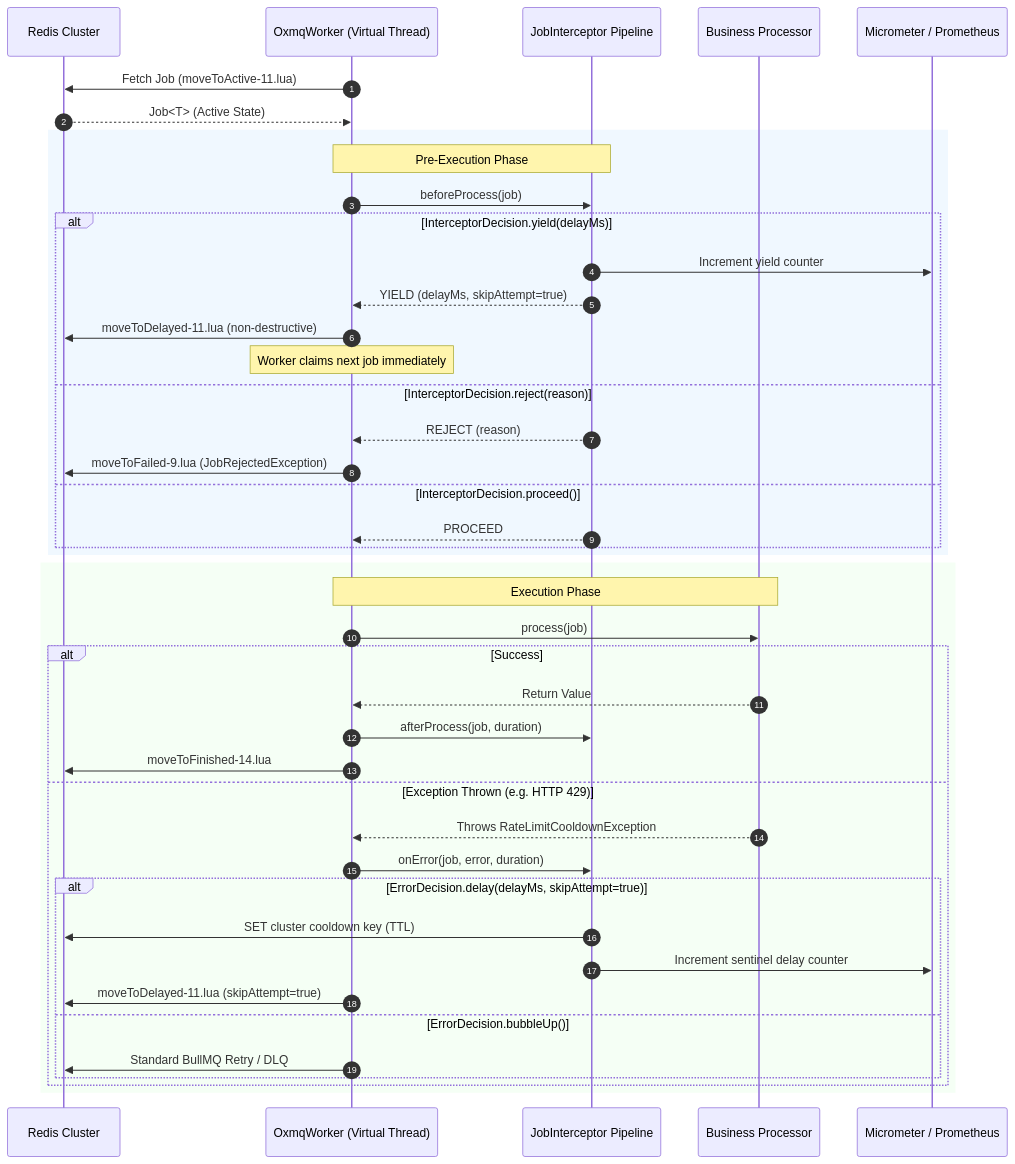
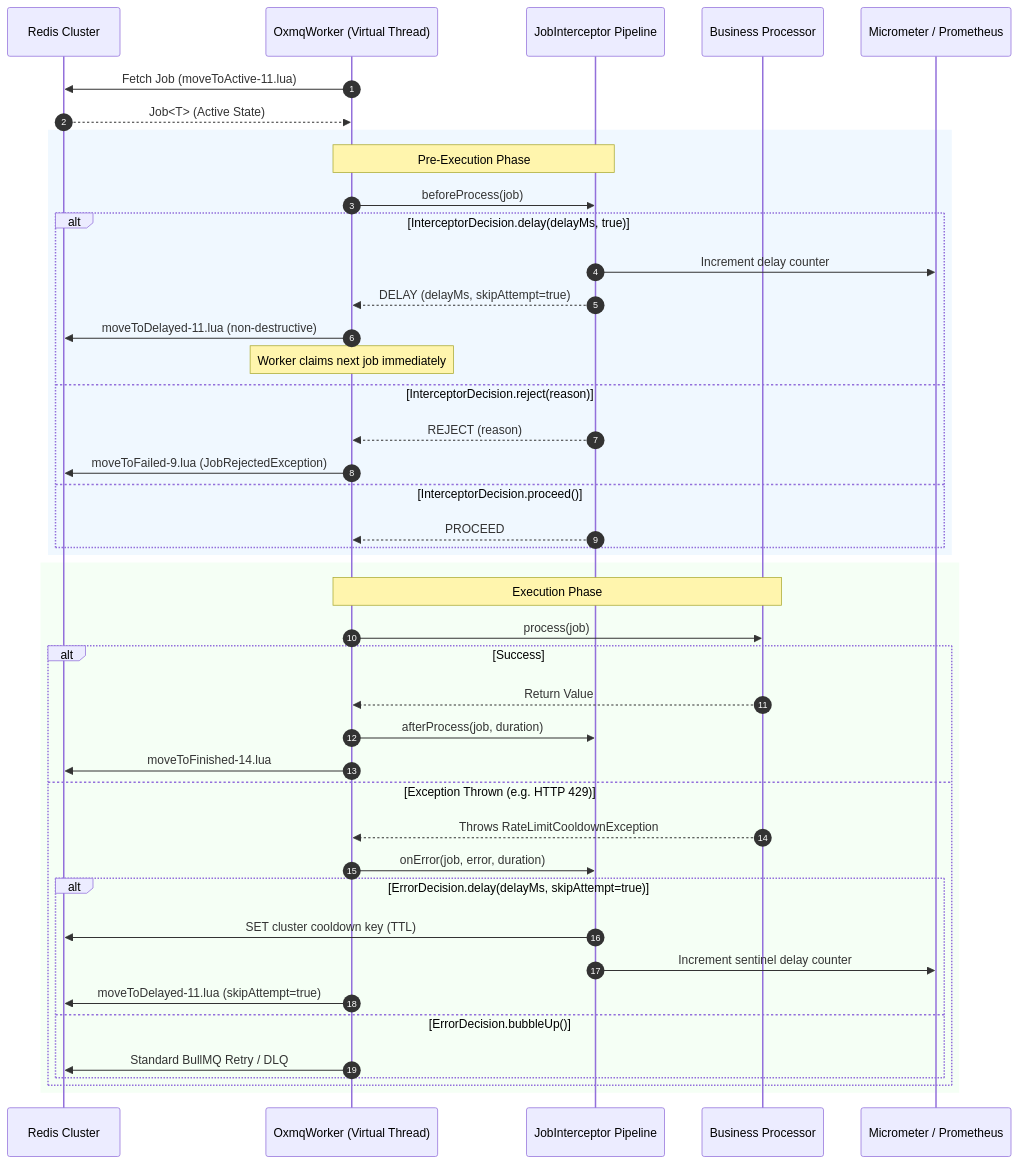
The first of 2 diagrams in docs/guide/plugins.md (gaurav10610/oxmq), drawn with Mermaid before and after one commit. The commit also changed 9 other files, not shown here.

Commit message:
docs: complete enterprise review of GitHub Pages documentation, roadmap, and ergonomics

````diff
--- a/docs/guide/plugins.md
+++ b/docs/guide/plugins.md
@@ -13,48 +13,48 @@
 ```mermaid
 sequenceDiagram
     autonumber
     participant R as Redis Cluster
     participant W as OxmqWorker (Virtual Thread)
     participant I as JobInterceptor Pipeline
     participant J as Business Processor
     participant M as Micrometer / Prometheus
 
     W->>R: Fetch Job (moveToActive-11.lua)
     R-->>W: Job<T> (Active State)
     
     rect rgb(240, 248, 255)
         Note over W,I: Pre-Execution Phase
         W->>I: beforeProcess(job)
-        alt InterceptorDecision.yield(delayMs)
-            I->>M: Increment yield counter
-            I-->>W: YIELD (delayMs, skipAttempt=true)
+        alt InterceptorDecision.delay(delayMs, true)
+            I->>M: Increment delay counter
+            I-->>W: DELAY (delayMs, skipAttempt=true)
             W->>R: moveToDelayed-11.lua (non-destructive)
             Note over W: Worker claims next job immediately
         else InterceptorDecision.reject(reason)
             I-->>W: REJECT (reason)
             W->>R: moveToFailed-9.lua (JobRejectedException)
         else InterceptorDecision.proceed()
             I-->>W: PROCEED
         end
     end
 
     rect rgb(245, 255, 245)
         Note over W,J: Execution Phase
         W->>J: process(job)
         alt Success
             J-->>W: Return Value
             W->>I: afterProcess(job, duration)
             W->>R: moveToFinished-14.lua
         else Exception Thrown (e.g. HTTP 429)
             J-->>W: Throws RateLimitCooldownException
             W->>I: onError(job, error, duration)
             alt ErrorDecision.delay(delayMs, skipAttempt=true)
                 I->>R: SET cluster cooldown key (TTL)
                 I->>M: Increment sentinel delay counter
                 W->>R: moveToDelayed-11.lua (skipAttempt=true)
             else ErrorDecision.bubbleUp()
                 W->>R: Standard BullMQ Retry / DLQ
             end
         end
     end
 ```
````
